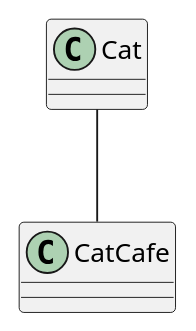
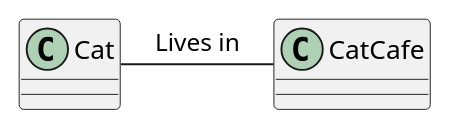
The fifth of 5 diagrams in Notes/Notes/Системная аналитика/Курсы от нетологии/Раздел 3. Анализ требований/6. UML. Диаграмма классов.md (PopkovAYu/Notes), drawn with PlantUML before and after one commit.

Commit message:
vault backup: 2024-04-22 19:16:41
Affected files:
Notes/Notes/Системная аналитика/Курсы от нетологии/Раздел 3. Анализ требований/6. UML. Диаграмма классов.md

````diff
--- a/Notes/Notes/Системная аналитика/Курсы от нетологии/Раздел 3. Анализ требований/6. UML. Диаграмма классов.md
+++ b/Notes/Notes/Системная аналитика/Курсы от нетологии/Раздел 3. Анализ требований/6. UML. Диаграмма классов.md
@@ -128,3 +128,5 @@
 ```plantuml
-Cat -- CatCafe
+class CatCafe
+
+Cat - CatCafe: Lives in
 ```
````
